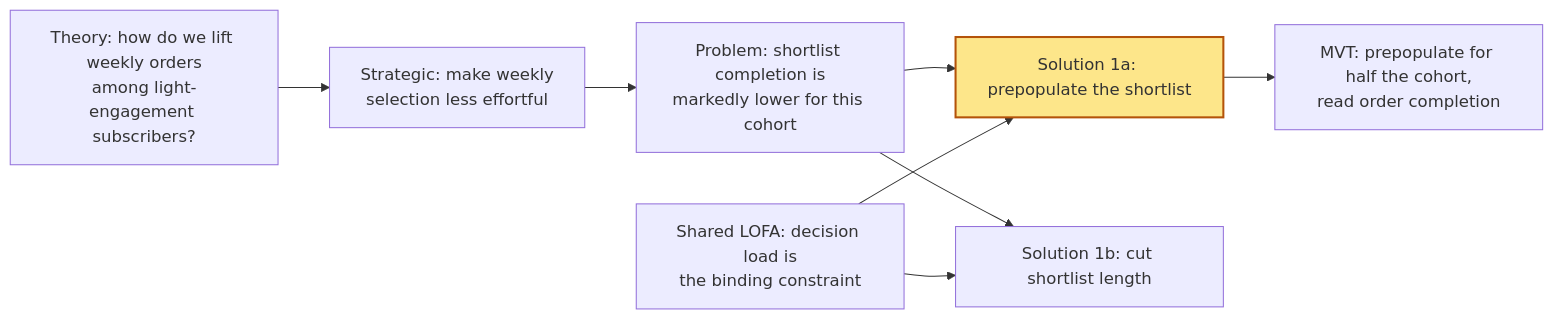
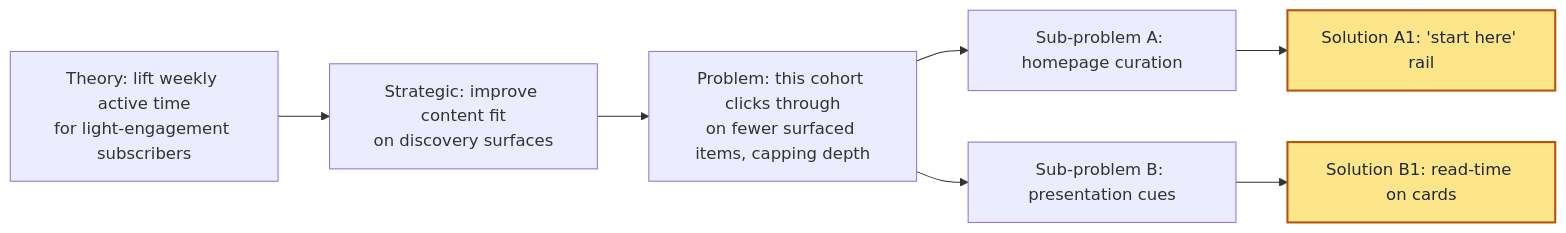
The second of 2 diagrams in SKILL.md (brubinsztein/strategic-experimentation-coach), drawn with Mermaid before and after one commit. The commit also changed other lines of this file and 7 other files, not shown here.

````diff
--- a/SKILL.md
+++ b/SKILL.md
@@ -110,11 +119,10 @@
 ```mermaid
 graph LR
-    T["Theory: how do we lift weekly orders<br/>among light-engagement subscribers?"] --> S["Strategic: make weekly<br/>selection less effortful"]
-    S --> P1["Problem: shortlist completion is<br/>markedly lower for this cohort"]
-    P1 --> Sol1["Solution 1a: prepopulate the shortlist"]:::priority
-    P1 --> Sol2["Solution 1b: cut shortlist length"]
-    L["Shared LOFA: decision load is<br/>the binding constraint"] --> Sol1
-    L --> Sol2
-    Sol1 --> M1["MVT: prepopulate for half the cohort,<br/>read order completion"]
-    classDef priority fill:#fde68a,stroke:#b45309,stroke-width:2px;
+    T["Theory: lift weekly active time<br/>for light-engagement subscribers"] --> S["Strategic: improve content fit<br/>on discovery surfaces"]
+    S --> P["Problem: this cohort clicks through<br/>on fewer surfaced items, capping depth"]
+    P --> PA["Sub-problem A: homepage curation"]
+    P --> PB["Sub-problem B: presentation cues"]
+    PA --> Sol1["Solution A1: 'start here' rail"]:::priority
+    PB --> Sol2["Solution B1: read-time on cards"]:::priority
+    classDef priority fill:#fde68a,stroke:#b45309,stroke-width:2px,color:#1f2937;
 ```
````
